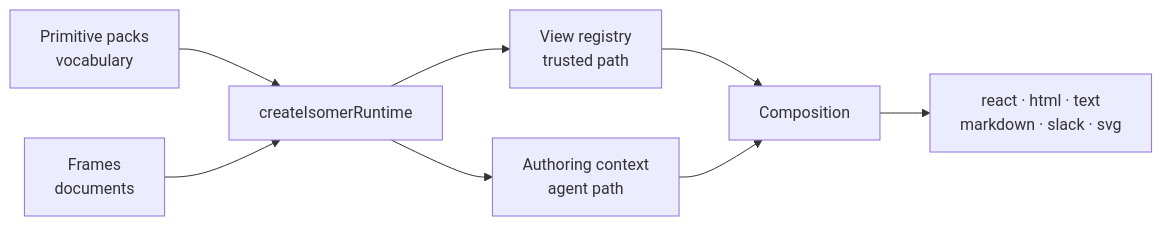
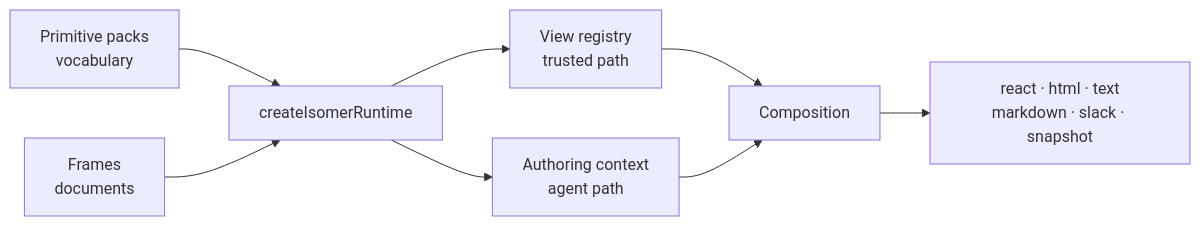
Before and after one commit to elastic/isomer: the diagram in docs/runtime/index.md, drawn with Mermaid. The commit also changed 174 other files, not shown here.

Commit message:
feat!: rename the svg surface to snapshot and report formats apart from surfaces (#153)

````diff
--- a/docs/runtime/index.md
+++ b/docs/runtime/index.md
@@ -12,10 +12,10 @@
 ```mermaid
 flowchart LR
     Packs[Primitive packs<br/>vocabulary] --> Runtime
     Frames[Frames<br/>documents] --> Runtime
     Runtime[createIsomerRuntime] --> Registry[View registry<br/>trusted path]
     Runtime --> Authoring[Authoring context<br/>agent path]
     Registry --> Composition[Composition]
     Authoring --> Composition
-    Composition --> Surfaces[react · html · text<br/>markdown · slack · svg]
+    Composition --> Surfaces[react · html · text<br/>markdown · slack · snapshot]
 ```
````
